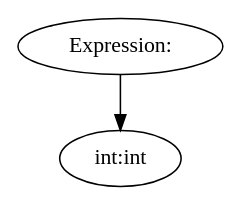
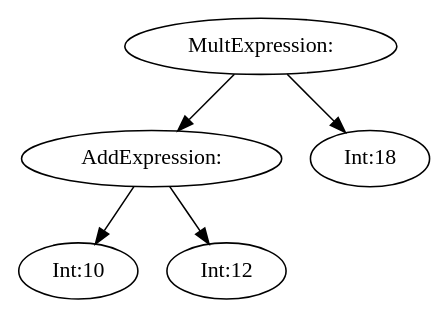
Before and after one commit to JakobAdamsson/Compiler-and-translation-technique: the diagram in assignment1/getting_started/tree.dot, drawn with Graphviz. The commit also changed 20 other files, not shown here.

```diff
--- a/assignment1/getting_started/tree.dot
+++ b/assignment1/getting_started/tree.dot
@@ -1,5 +1,11 @@
 digraph {
-n0 [label="Expression:"];
-n1 [label="int:int"];
+n0 [label="MultExpression:"];
+n1 [label="AddExpression:"];
+n2 [label="Int:10"];
+n1 -> n2
+n3 [label="Int:12"];
+n1 -> n3
 n0 -> n1
+n4 [label="Int:18"];
+n0 -> n4
 }
```
